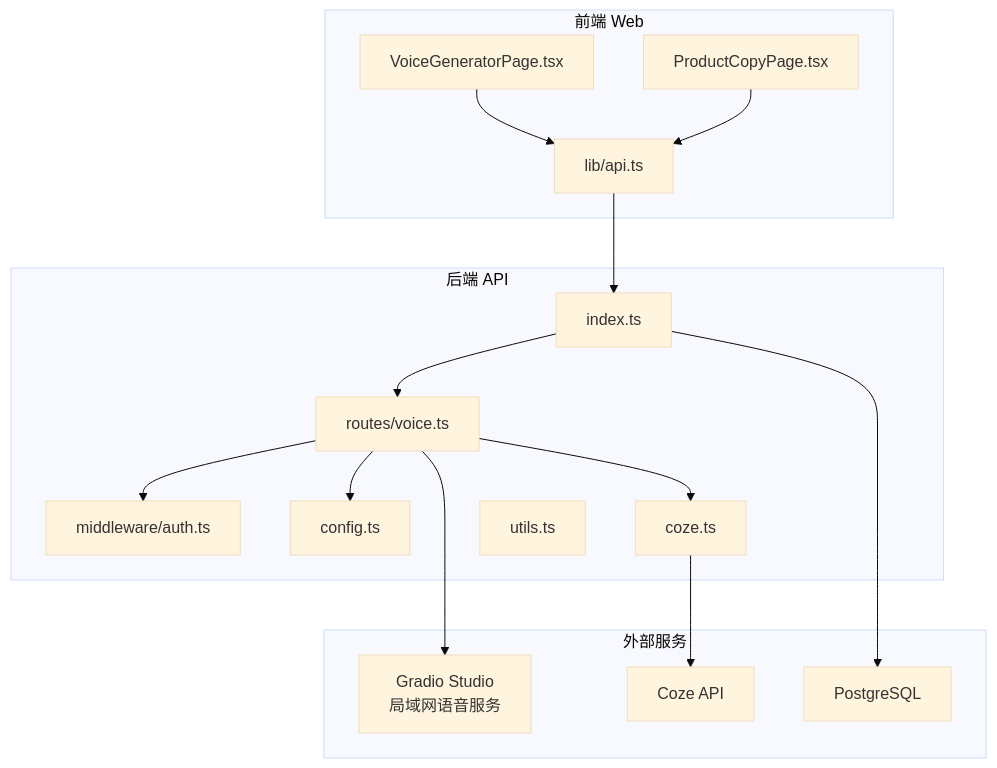
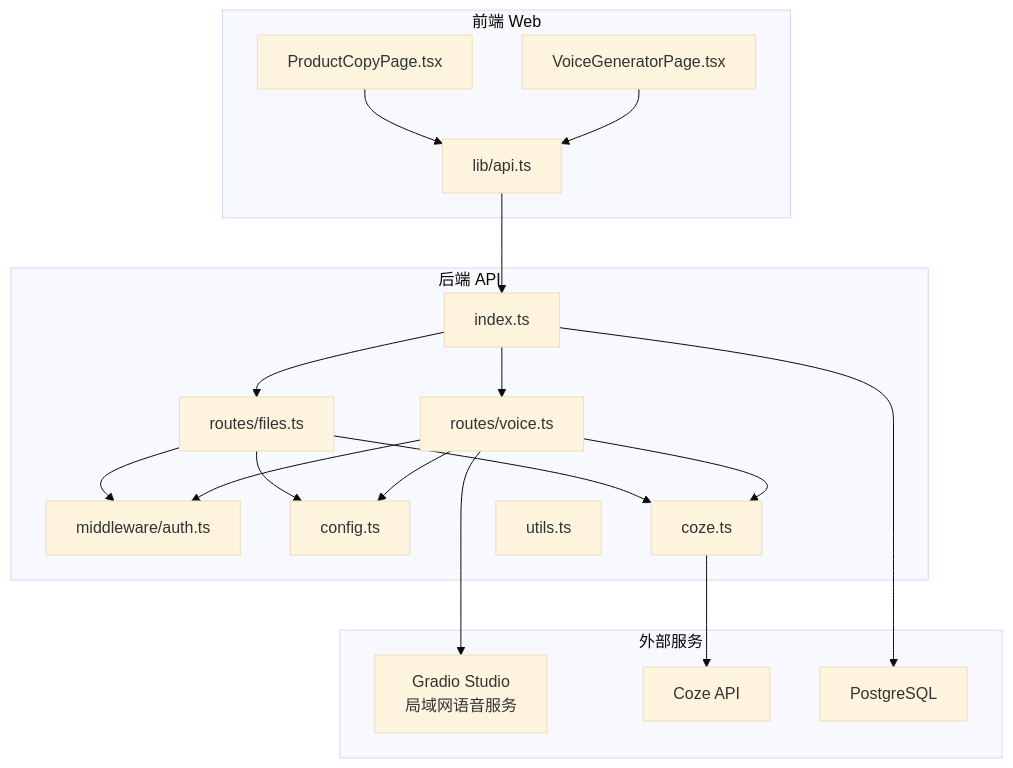
The first of 4 diagrams in .qoder/repowiki/zh/content/API 接口文档/语音生成接口.md (hanksd769-droid/sailshub), drawn with Mermaid (base theme) before and after one commit. The commit also changed other lines of this file and 3 other files, not shown here.

````diff
--- a/.qoder/repowiki/zh/content/API 接口文档/语音生成接口.md
+++ b/.qoder/repowiki/zh/content/API 接口文档/语音生成接口.md
@@ -49,31 +50,36 @@
 ```mermaid
 graph TB
 subgraph "前端 Web"
 WG["VoiceGeneratorPage.tsx"]
 PC["ProductCopyPage.tsx"]
 API["lib/api.ts"]
 end
 subgraph "后端 API"
 IDX["index.ts"]
 VOICE["routes/voice.ts"]
+FILES["routes/files.ts"]
 AUTH["middleware/auth.ts"]
 CONF["config.ts"]
 COZE["coze.ts"]
 UTIL["utils.ts"]
 end
 subgraph "外部服务"
 GRADIO["Gradio Studio<br/>局域网语音服务"]
 COZE_API["Coze API"]
 DB["PostgreSQL"]
 end
 WG --> API
 PC --> API
 API --> IDX
 IDX --> VOICE
+IDX --> FILES
 VOICE --> AUTH
+FILES --> AUTH
 VOICE --> CONF
+FILES --> CONF
 VOICE --> COZE
+FILES --> COZE
 COZE --> COZE_API
 VOICE --> GRADIO
 IDX --> DB
 ```
````
